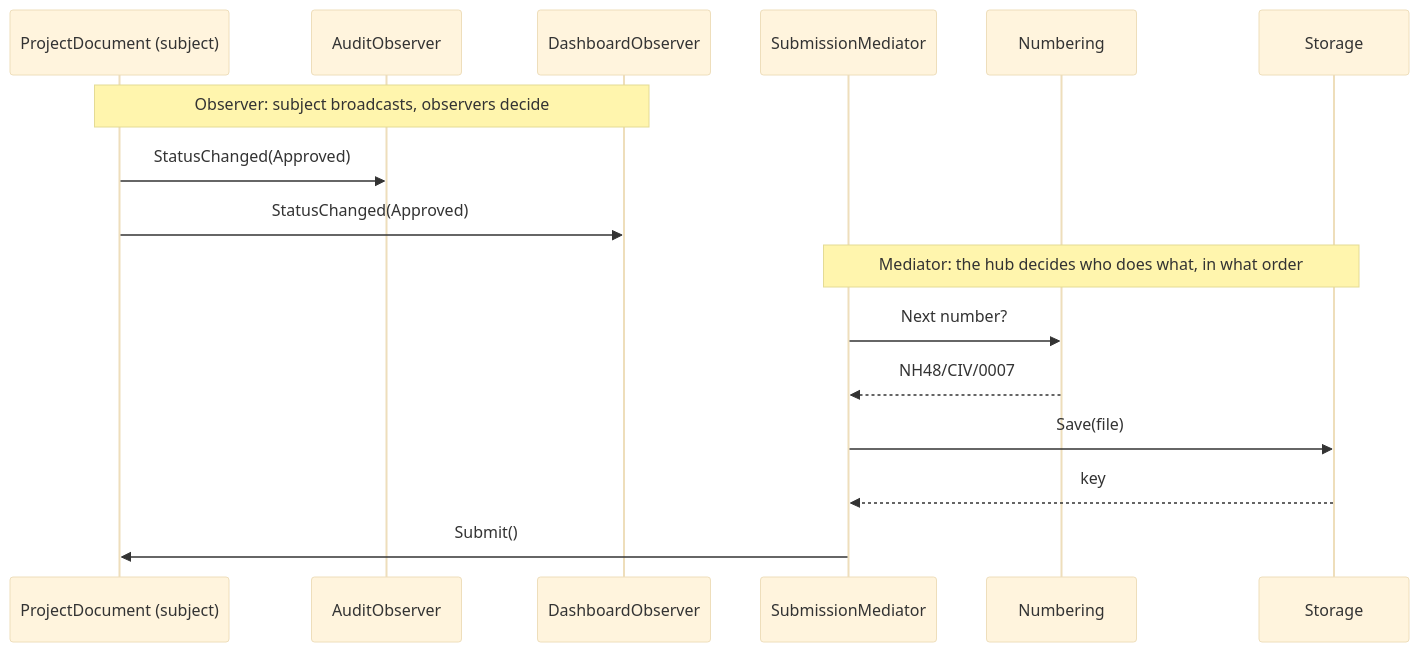
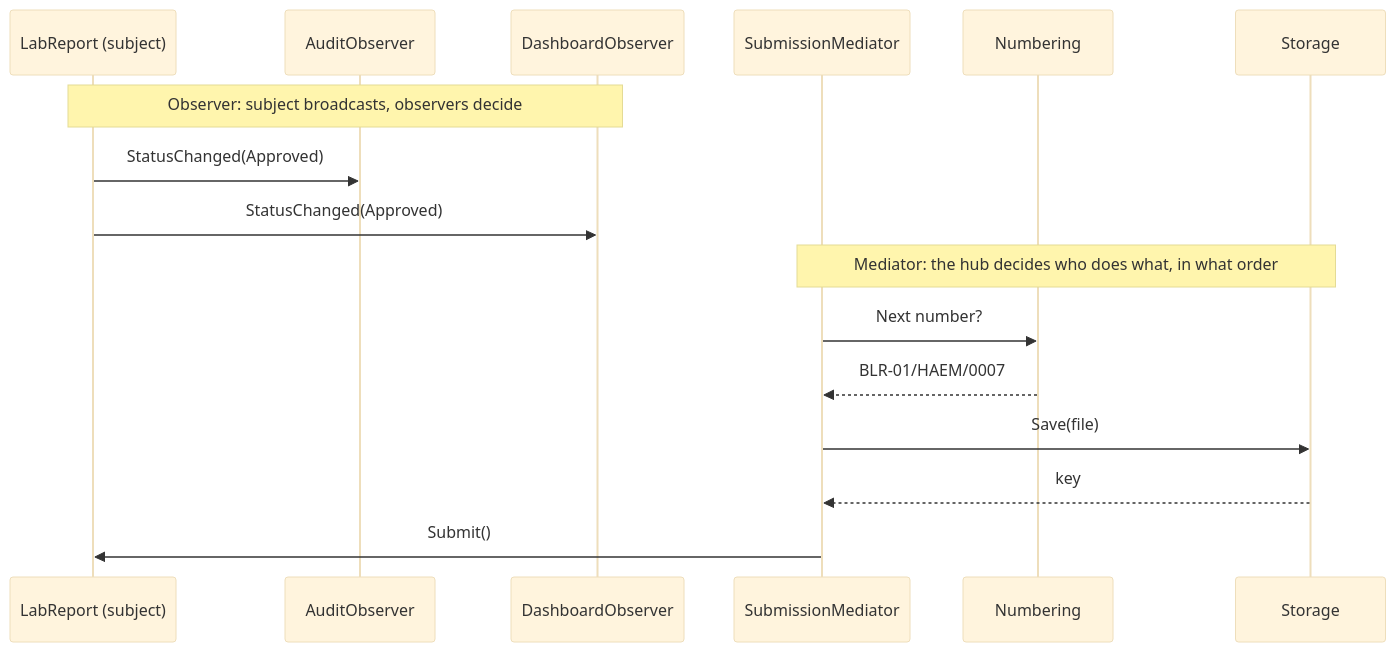
Before and after one commit to rizwi0786/system-design-lab: the third of 3 diagrams in content/lessons/m06/m06-pattern-comparison.md, drawn with Mermaid (base theme). The commit also changed other lines of this file and 334 other files, not shown here.

````diff
--- a/content/lessons/m06/m06-pattern-comparison.md
+++ b/content/lessons/m06/m06-pattern-comparison.md
@@ -228,18 +227,18 @@
 ```mermaid
 sequenceDiagram
-    participant Doc as ProjectDocument (subject)
+    participant Doc as LabReport (subject)
     participant O1 as AuditObserver
     participant O2 as DashboardObserver
     participant M as SubmissionMediator
     participant N as Numbering
     participant S as Storage
     Note over Doc,O2: Observer: subject broadcasts, observers decide
     Doc->>O1: StatusChanged(Approved)
     Doc->>O2: StatusChanged(Approved)
     Note over M,S: Mediator: the hub decides who does what, in what order
     M->>N: Next number?
-    N-->>M: NH48/CIV/0007
+    N-->>M: BLR-01/HAEM/0007
     M->>S: Save(file)
     S-->>M: key
     M->>Doc: Submit()
 ```
````
